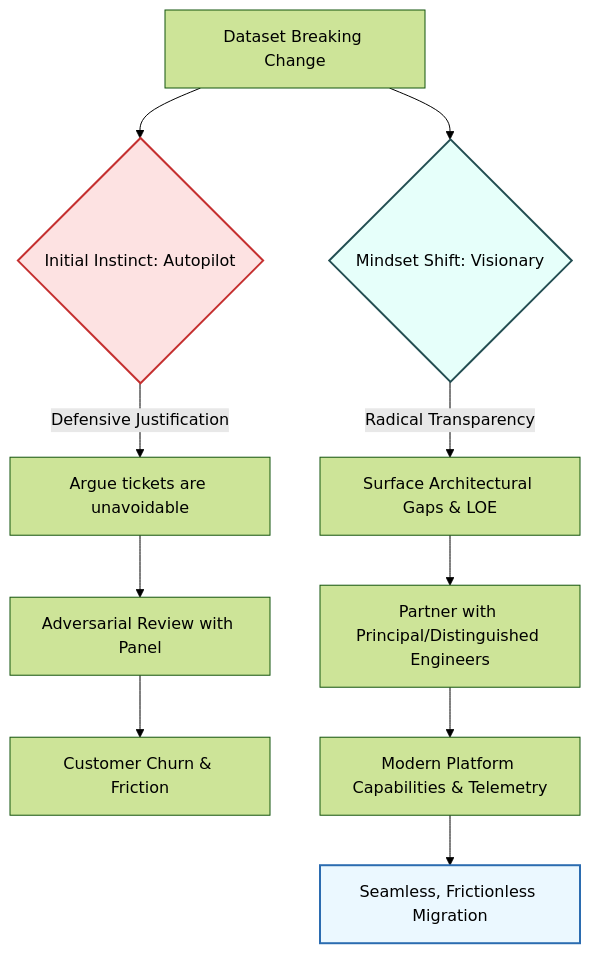
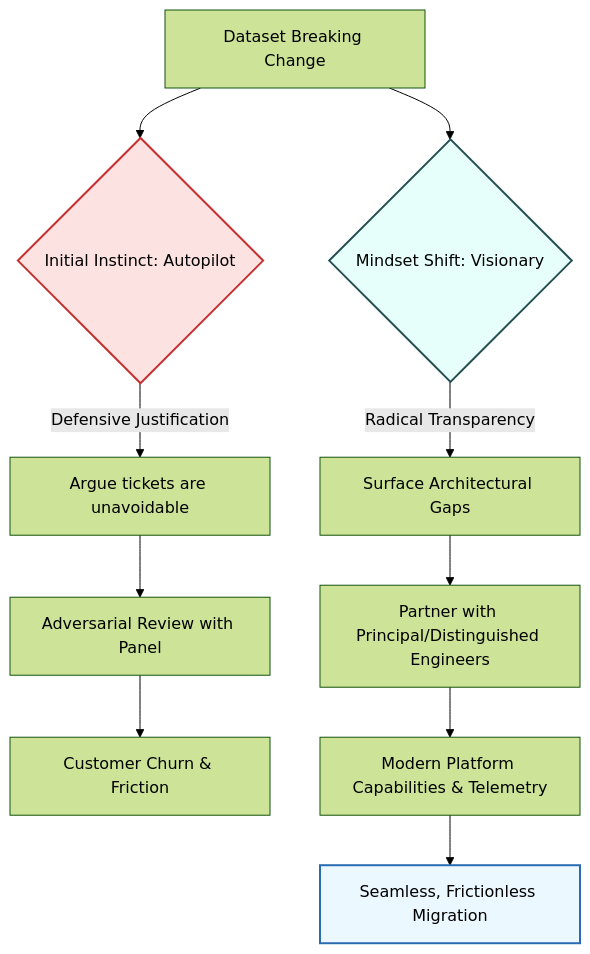
One commit to kr-neerav/thinkingbuffer changed the diagram in src/pages/blog/2026/09/a-couple-of-conversations-away.md. Above: the diagram before and after it, drawn with Mermaid (forest theme). The commit also changed other lines of this file, not shown here.

````diff
--- a/src/pages/blog/2026/09/a-couple-of-conversations-away.md
+++ b/src/pages/blog/2026/09/a-couple-of-conversations-away.md
@@ -51,17 +53,17 @@
 ```mermaid
 graph TD
     A[Dataset Breaking Change] --> B{Initial Instinct: Autopilot}
     B -->|Defensive Justification| C[Argue tickets are unavoidable]
     C --> D[Adversarial Review with Panel]
     D --> E[Customer Churn & Friction]
 
     A --> F{Mindset Shift: Visionary}
-    F -->|Radical Transparency| G[Surface Architectural Gaps & LOE]
+    F -->|Radical Transparency| G[Surface Architectural Gaps]
     G --> H[Partner with Principal/Distinguished Engineers]
     H --> I[Modern Platform Capabilities & Telemetry]
     I --> J[Seamless, Frictionless Migration]
 
     style B fill:#fde2e2,stroke:#c53030,stroke-width:2px
     style F fill:#e6fffa,stroke:#234e52,stroke-width:2px
     style J fill:#ebf8ff,stroke:#2b6cb0,stroke-width:2px
 ```
````
